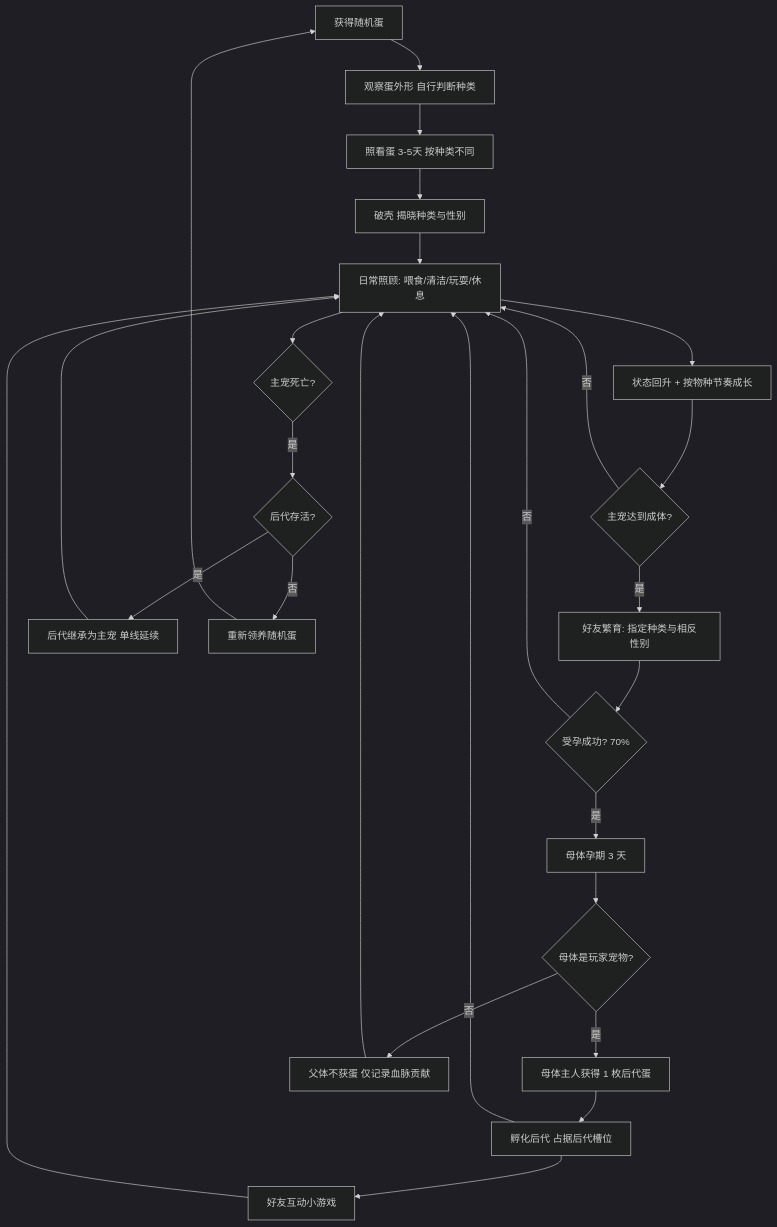
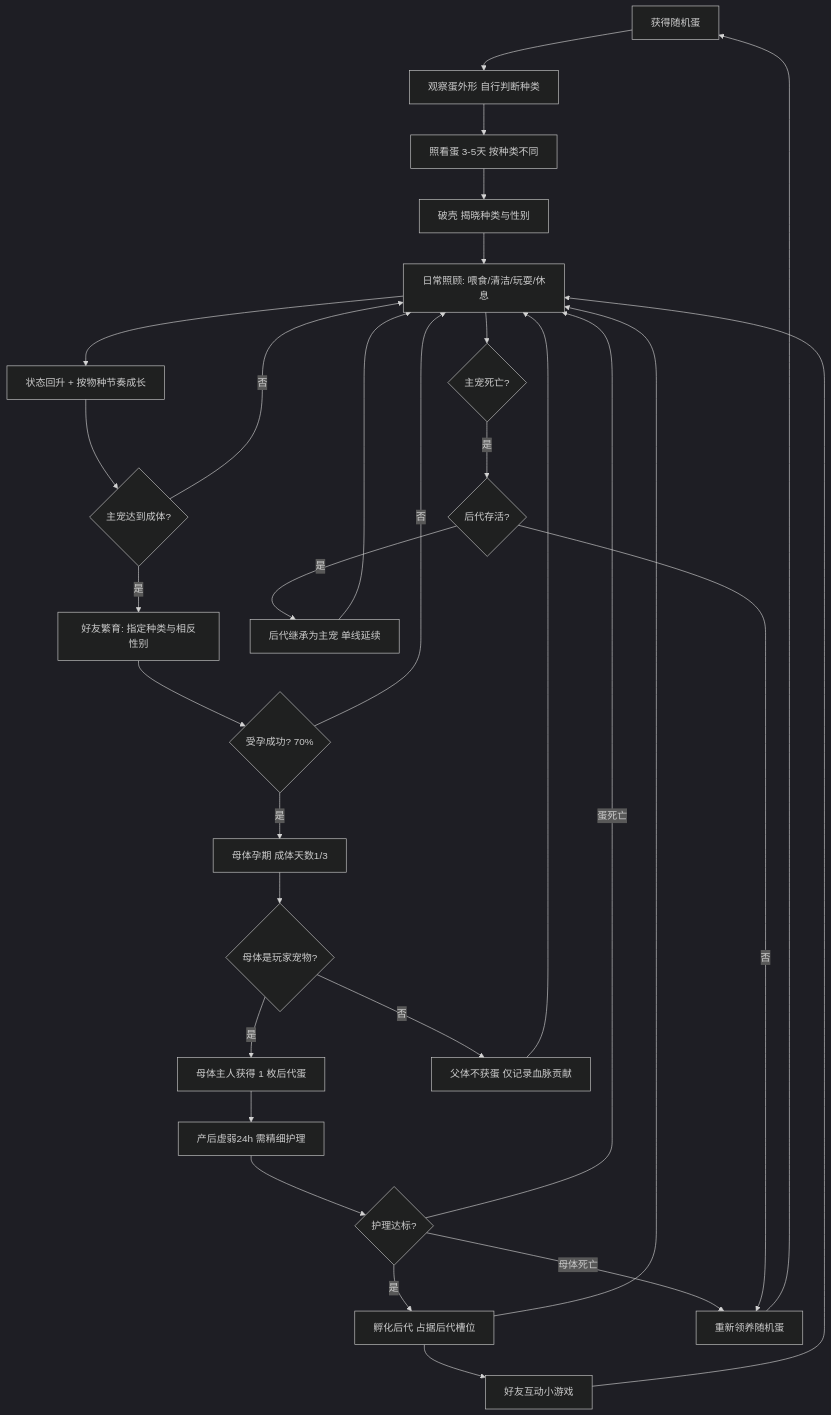
One commit to miniDesigner/CyberPet changed the diagram in docs/游戏设计文档.md. Above: the diagram before and after it, drawn with Mermaid (dark theme). The commit also changed other lines of this file and 3 other files, not shown here.

````diff
--- a/docs/游戏设计文档.md
+++ b/docs/游戏设计文档.md
@@ -52,28 +52,32 @@
 ```mermaid
 flowchart TD
     A[获得随机蛋] --> B[观察蛋外形 自行判断种类]
     B --> C[照看蛋 3-5天 按种类不同]
     C --> D[破壳 揭晓种类与性别]
     D --> E[日常照顾: 喂食/清洁/玩耍/休息]
     E --> F[状态回升 + 按物种节奏成长]
     F --> G{主宠达到成体?}
     G -->|否| E
     G -->|是| H[好友繁育: 指定种类与相反性别]
     H --> I{受孕成功? 70%}
     I -->|否| E
-    I -->|是| J[母体孕期 3 天]
+    I -->|是| J[母体孕期 成体天数1/3]
     J --> K{母体是玩家宠物?}
     K -->|是| L[母体主人获得 1 枚后代蛋]
     K -->|否| M[父体不获蛋 仅记录血脉贡献]
     M --> E
-    L --> N[孵化后代 占据后代槽位]
+    L --> L2[产后虚弱24h 需精细护理]
+    L2 --> L3{护理达标?}
+    L3 -->|是| N[孵化后代 占据后代槽位]
+    L3 -->|蛋死亡| E
+    L3 -->|母体死亡| S
     N --> E
     N --> O[好友互动小游戏]
     O --> E
     E --> P{主宠死亡?}
     P -->|是| Q{后代存活?}
     Q -->|是| R[后代继承为主宠 单线延续]
     Q -->|否| S[重新领养随机蛋]
     R --> E
     S --> A
 ```
````
